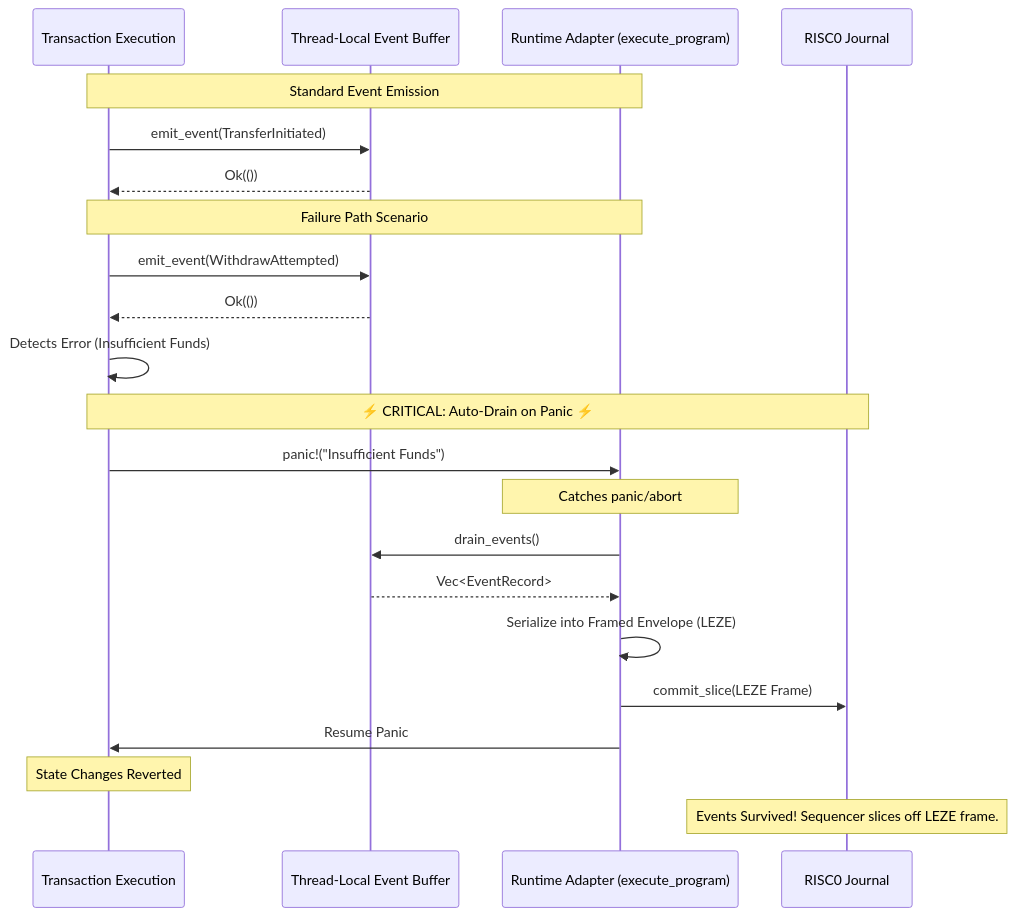
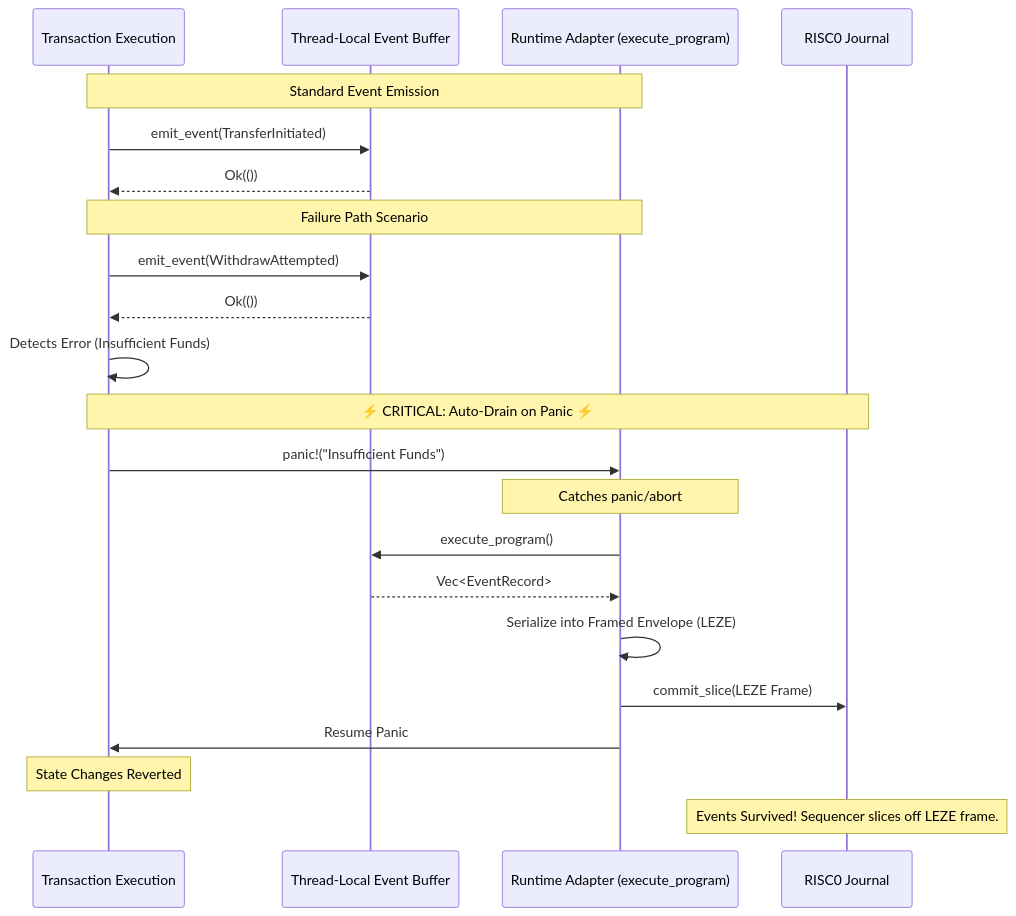
Before and after one commit to pramadanif/lez-event-system: the diagram in README.md, drawn with Mermaid. The commit also changed other lines of this file and 9 other files, not shown here.

````diff
--- a/README.md
+++ b/README.md
@@ -24,28 +24,28 @@
 ```mermaid
 sequenceDiagram
     participant Tx as Transaction Execution
     participant Buffer as Thread-Local Event Buffer
     participant Runtime as Runtime Adapter (execute_program)
     participant Output as RISC0 Journal
 
     Note over Tx,Runtime: Standard Event Emission
     Tx->>Buffer: emit_event(TransferInitiated)
     Buffer-->>Tx: Ok(())
     
     Note over Tx,Runtime: Failure Path Scenario
     Tx->>Buffer: emit_event(WithdrawAttempted)
     Buffer-->>Tx: Ok(())
     Tx->>Tx: Detects Error (Insufficient Funds)
     
     Note over Tx,Output: ⚡ CRITICAL: Auto-Drain on Panic ⚡
     Tx->>Runtime: panic!("Insufficient Funds")
     Note over Runtime: Catches panic/abort
-    Runtime->>Buffer: drain_events()
+    Runtime->>Buffer: execute_program()
     Buffer-->>Runtime: Vec<EventRecord>
     Runtime->>Runtime: Serialize into Framed Envelope (LEZE)
     Runtime->>Output: commit_slice(LEZE Frame)
     Runtime->>Tx: Resume Panic
     
     Note over Tx,Tx: State Changes Reverted
     Note over Output: Events Survived! Sequencer slices off LEZE frame.
 ```
````
